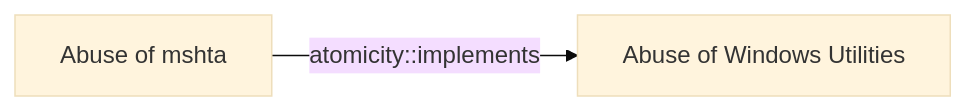
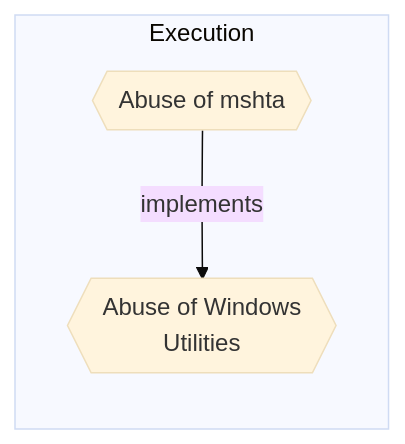
One commit to opentidehq/library changed the diagram in docs/threats/abuse-of-mshta.md. Above: the diagram before and after it, drawn with Mermaid (base theme). The commit also changed other lines of this file and 540 other files, not shown here.

````diff
--- a/docs/threats/abuse-of-mshta.md
+++ b/docs/threats/abuse-of-mshta.md
@@ -84,6 +94,8 @@
 ```mermaid
 flowchart LR
-767f10bd_1947_44e3_b999_5fbf50d99027["Abuse of mshta"]
-d5039f2c_9fcc_4ba3_ad6a_da8c891ba745["Abuse of Windows Utilities"]
-767f10bd_1947_44e3_b999_5fbf50d99027 -->|atomicity::implements| d5039f2c_9fcc_4ba3_ad6a_da8c891ba745
+subgraph "Execution"
+767f10bd_1947_44e3_b999_5fbf50d99027{{"Abuse of mshta"}}
+d5039f2c_9fcc_4ba3_ad6a_da8c891ba745{{"Abuse of Windows<br>Utilities"}}
+end
+767f10bd_1947_44e3_b999_5fbf50d99027 -->|implements| d5039f2c_9fcc_4ba3_ad6a_da8c891ba745
 ```
````
